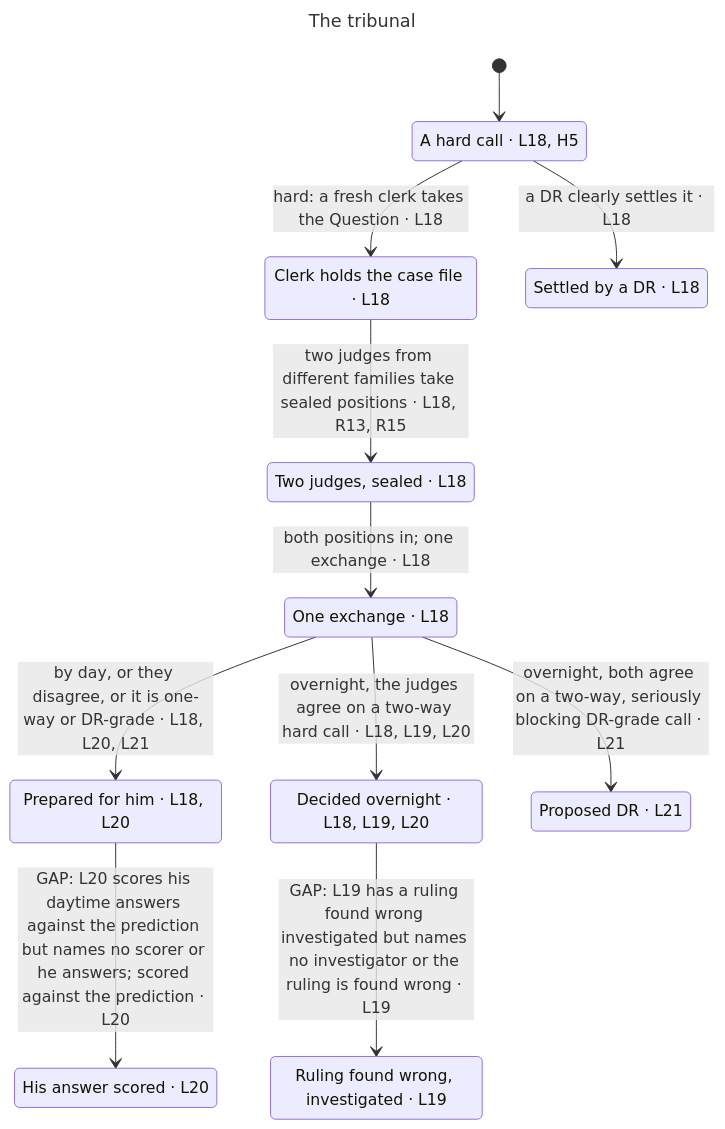
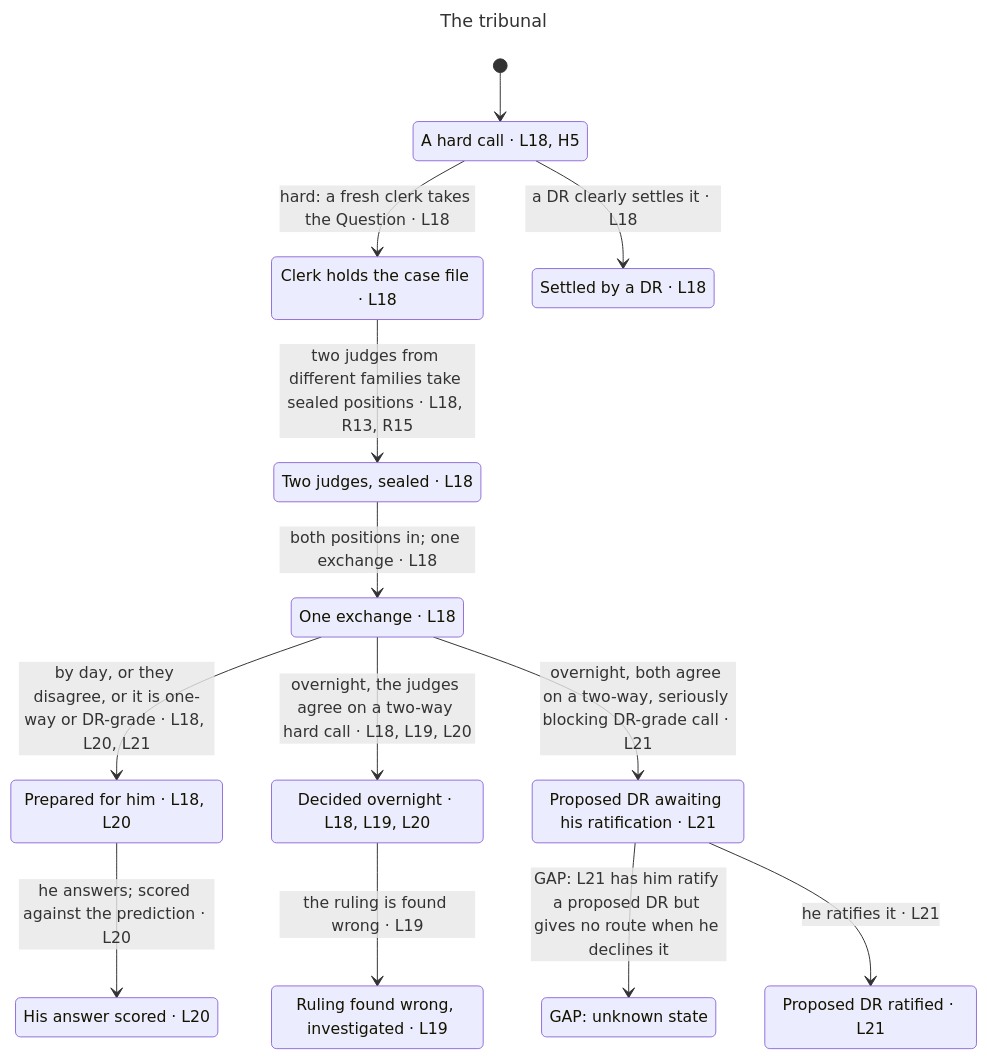
The diagram in claims/statechart/tribunal/chart.mmd (BalazsOrg/dydo), drawn with Mermaid before and after one commit. The commit also changed 132 other files, not shown here.

```diff
--- a/claims/statechart/tribunal/chart.mmd
+++ b/claims/statechart/tribunal/chart.mmd
@@ -1,24 +1,28 @@
 ---
 title: "The tribunal"
 ---
 stateDiagram-v2
   s0: A hard call #183; L18, H5
   s1: Clerk holds the case file #183; L18
   s2: Settled by a DR #183; L18
   s3: Two judges, sealed #183; L18
   s4: One exchange #183; L18
   s5: Decided overnight #183; L18, L19, L20
   s6: Prepared for him #183; L18, L20
-  s7: Proposed DR #183; L21
-  s8: Ruling found wrong, investigated #183; L19
-  s9: His answer scored #183; L20
+  s7: Proposed DR awaiting his ratification #183; L21
+  s8: GAP: unknown state
+  s9: Ruling found wrong, investigated #183; L19
+  s10: Proposed DR ratified #183; L21
+  s11: His answer scored #183; L20
   [*] --> s0
   s0 --> s1: hard: a fresh clerk takes the Question #183; L18
   s0 --> s2: a DR clearly settles it #183; L18
   s1 --> s3: two judges from different families take sealed positions #183; L18, R13, R15
   s3 --> s4: both positions in#59; one exchange #183; L18
   s4 --> s6: by day, or they disagree, or it is one-way or DR-grade #183; L18, L20, L21
   s4 --> s5: overnight, the judges agree on a two-way hard call #183; L18, L19, L20
   s4 --> s7: overnight, both agree on a two-way, seriously blocking DR-grade call #183; L21
-  s5 --> s8: GAP: L19 has a ruling found wrong investigated but names no investigator or the ruling is found wrong #183; L19
-  s6 --> s9: GAP: L20 scores his daytime answers against the prediction but names no scorer or he answers#59; scored against the prediction #183; L20
+  s5 --> s9: the ruling is found wrong #183; L19
+  s6 --> s11: he answers#59; scored against the prediction #183; L20
+  s7 --> s8: GAP: L21 has him ratify a proposed DR but gives no route when he declines it
+  s7 --> s10: he ratifies it #183; L21
```
